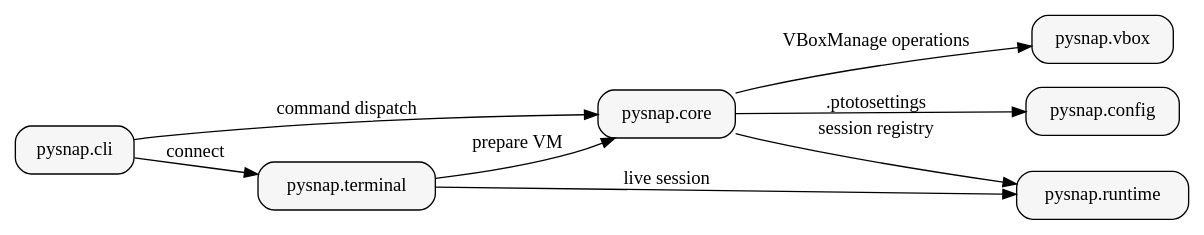
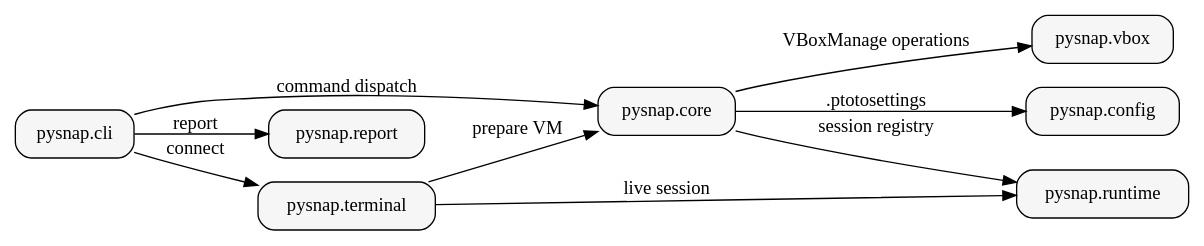
Before and after one commit to UsamG1t/NeuroPysnap: the diagram in docs/architecture.rst, drawn with Graphviz. The commit also changed other lines of this file and 10 other files, not shown here.

First line of the commit message:
report: stage 2 - transcript rendering and `pysnap report text`

```diff
--- a/docs/architecture.rst
+++ b/docs/architecture.rst
@@ -27,22 +27,24 @@
    .. graphviz::
       :caption: High-level relationships between PySnap packages.
 
       digraph package_relationships {
           rankdir=LR;
           node [shape=box, style="rounded,filled", fillcolor="#f6f6f6"];
 
           cli [label="pysnap.cli"];
           config [label="pysnap.config"];
           core [label="pysnap.core"];
+          report [label="pysnap.report"];
           runtime [label="pysnap.runtime"];
           terminal [label="pysnap.terminal"];
           vbox [label="pysnap.vbox"];
 
           cli -> core [label="command dispatch"];
           cli -> terminal [label="connect"];
+          cli -> report [label="report"];
           core -> config [label=".ptotosettings"];
           core -> runtime [label="session registry"];
           core -> vbox [label="VBoxManage operations"];
           terminal -> core [label="prepare VM"];
           terminal -> runtime [label="live session"];
       }
```
